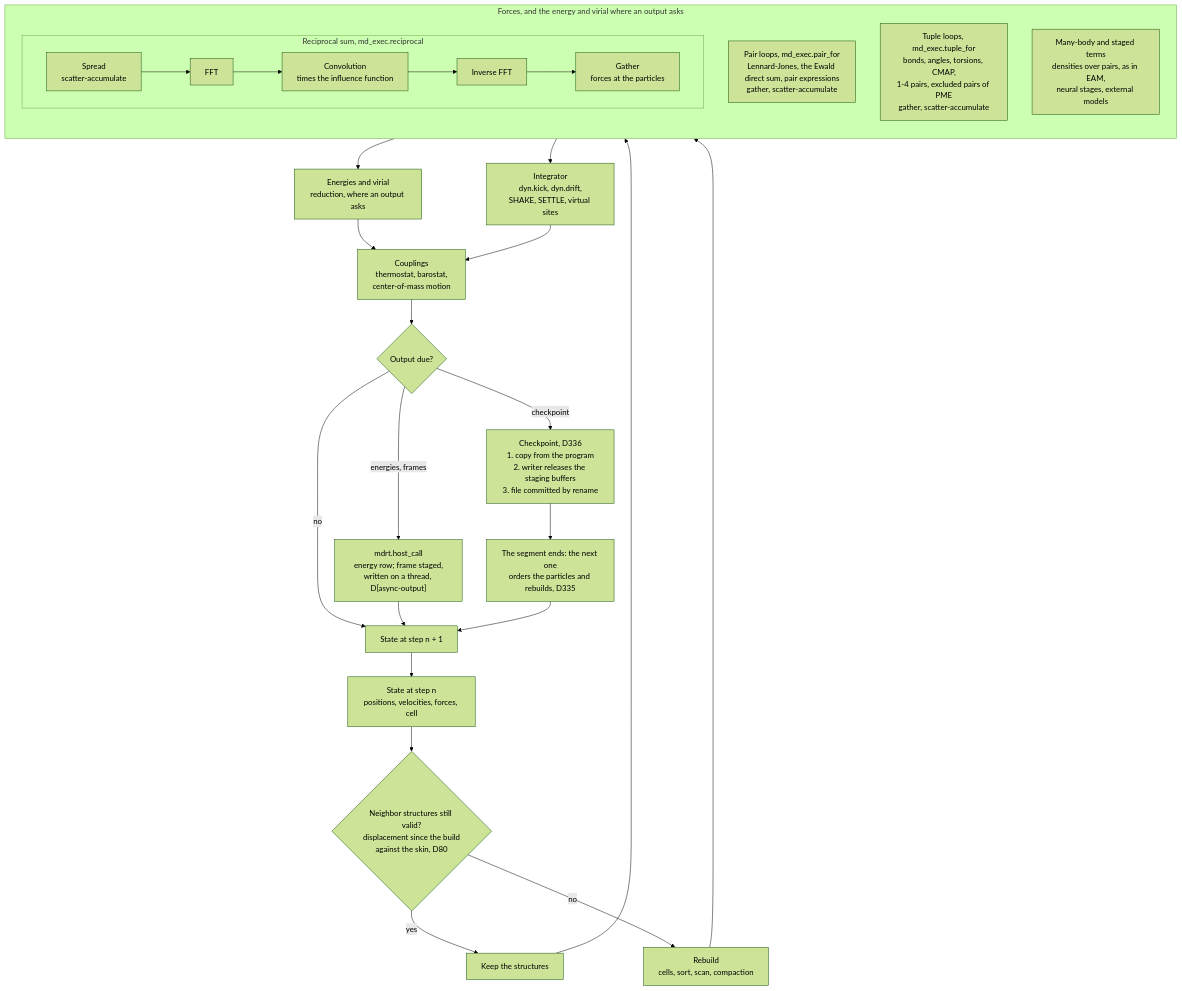
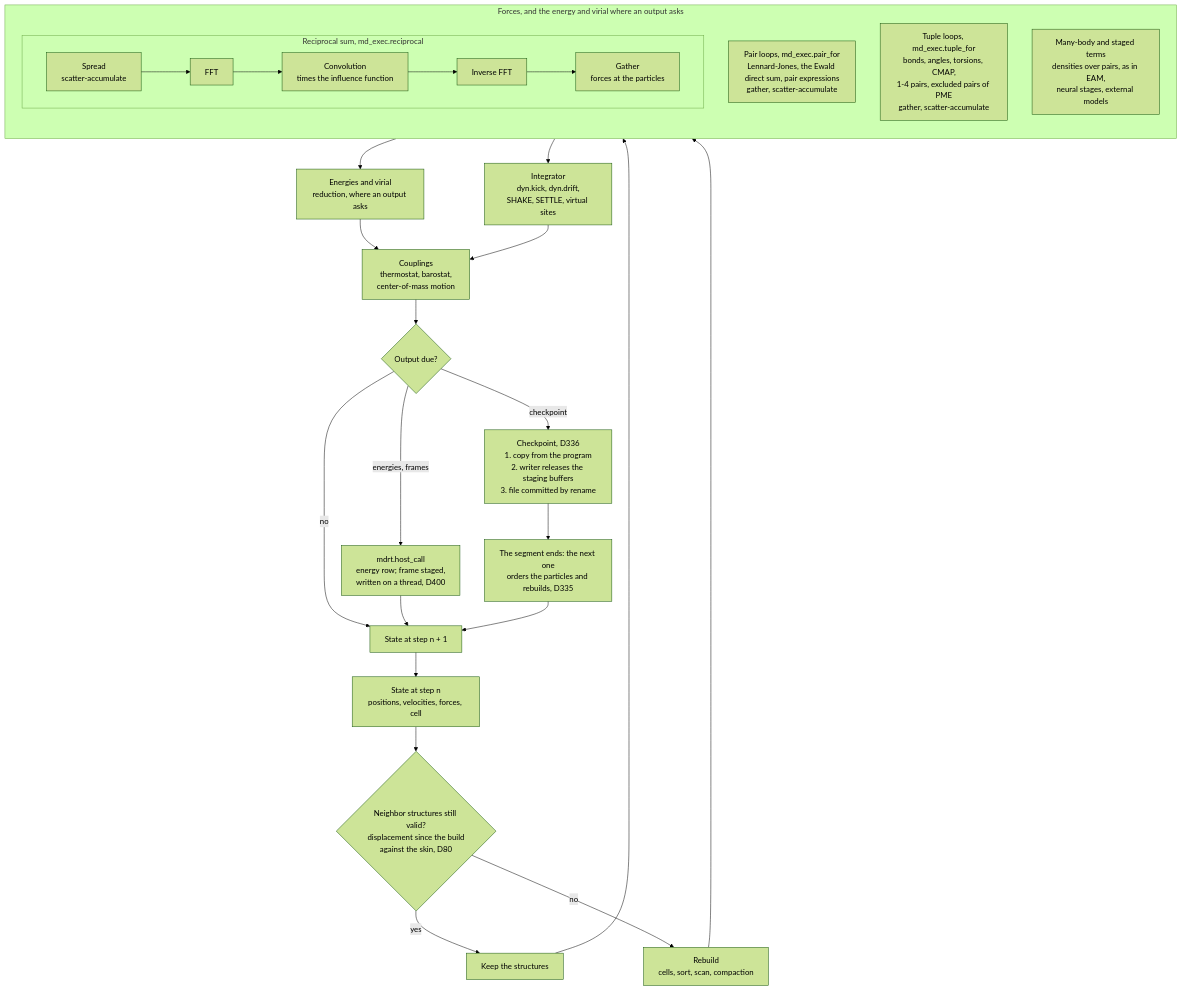
Before and after one commit to vv137/mdir: the third of 4 diagrams in docs/overview.md, drawn with Mermaid (forest theme). The commit also changed other lines of this file and 28 other files, not shown here.

Commit message:
Number D[async-output] as D400

````diff
--- a/docs/overview.md
+++ b/docs/overview.md
@@ -249,33 +249,33 @@
 ```mermaid
 flowchart TD
     S0["State at step n<br/>positions, velocities, forces, cell"] --> V{"Neighbor structures still valid?<br/>displacement since the build<br/>against the skin, D80"}
     V -->|"yes"| KEEP["Keep the structures"]
     V -->|"no"| REB["Rebuild<br/>cells, sort, scan, compaction"]
     KEEP --> FORCES
     REB --> FORCES
     subgraph FORCES["Forces, and the energy and virial where an output asks"]
         direction TB
         PAIR["Pair loops, md_exec.pair_for<br/>Lennard-Jones, the Ewald direct sum, pair expressions<br/>gather, scatter-accumulate"]
         TUP["Tuple loops, md_exec.tuple_for<br/>bonds, angles, torsions, CMAP,<br/>1-4 pairs, excluded pairs of PME<br/>gather, scatter-accumulate"]
         MANY["Many-body and staged terms<br/>densities over pairs, as in EAM,<br/>neural stages, external models"]
         subgraph RECIP["Reciprocal sum, md_exec.reciprocal"]
             direction LR
             SPR["Spread<br/>scatter-accumulate"] --> FFT["FFT"]
             FFT --> CNV["Convolution<br/>times the influence function"]
             CNV --> IFFT["Inverse FFT"]
             IFFT --> GAT["Gather<br/>forces at the particles"]
         end
     end
     FORCES --> RED["Energies and virial<br/>reduction, where an output asks"]
     RED --> CPL
     FORCES --> INT["Integrator<br/>dyn.kick, dyn.drift,<br/>SHAKE, SETTLE, virtual sites"]
     INT --> CPL["Couplings<br/>thermostat, barostat,<br/>center-of-mass motion"]
     CPL --> DUE{"Output due?"}
     DUE -->|"no"| S1["State at step n + 1"]
-    DUE -->|"energies, frames"| HC["mdrt.host_call<br/>energy row; frame staged,<br/>written on a thread, D[async-output]"]
+    DUE -->|"energies, frames"| HC["mdrt.host_call<br/>energy row; frame staged,<br/>written on a thread, D400"]
     DUE -->|"checkpoint"| CK["Checkpoint, D336<br/>1. copy from the program<br/>2. writer releases the staging buffers<br/>3. file committed by rename"]
     HC --> S1
     CK --> SEG["The segment ends: the next one<br/>orders the particles and rebuilds, D335"]
     SEG --> S1
     S1 --> S0
 ```
````
